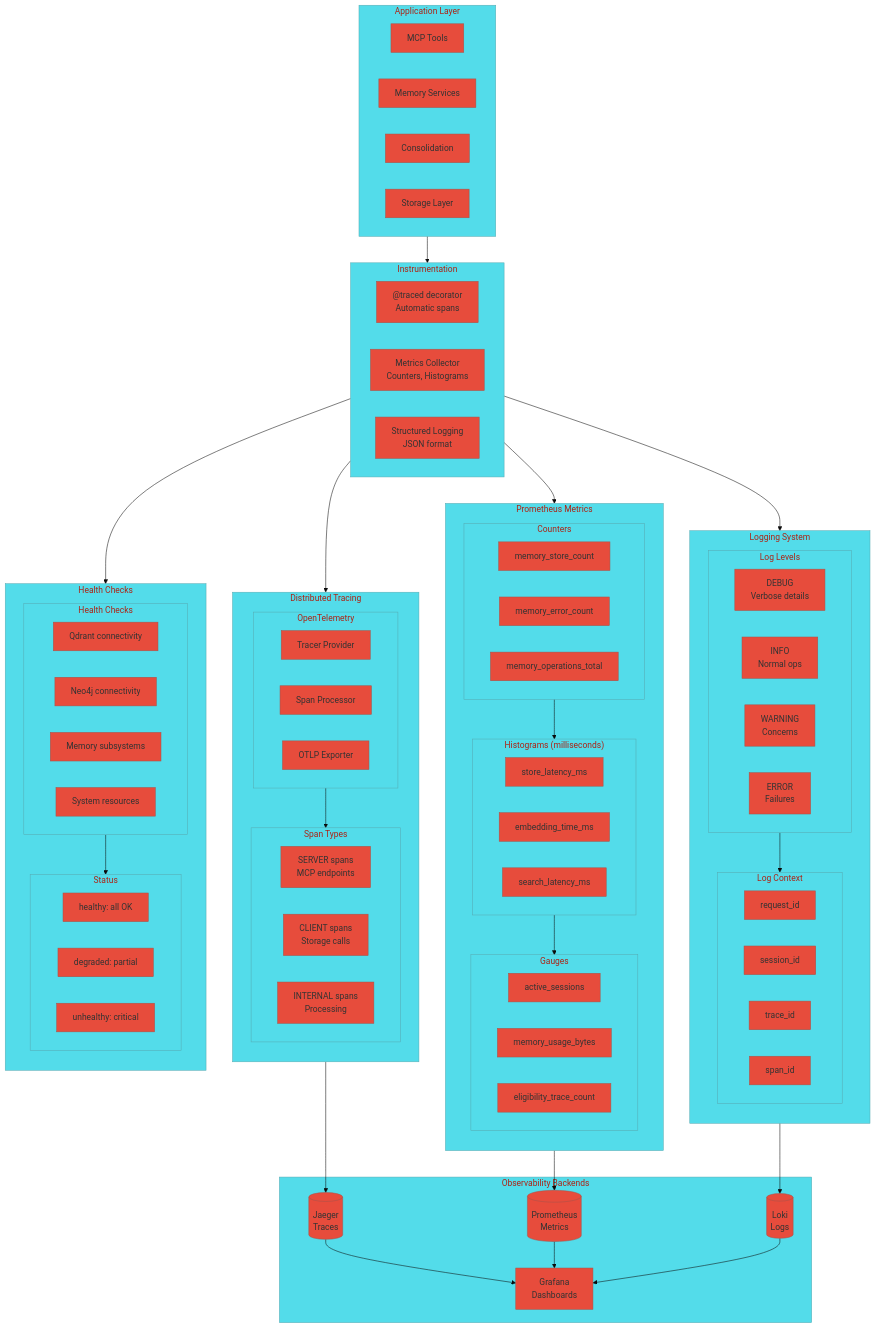
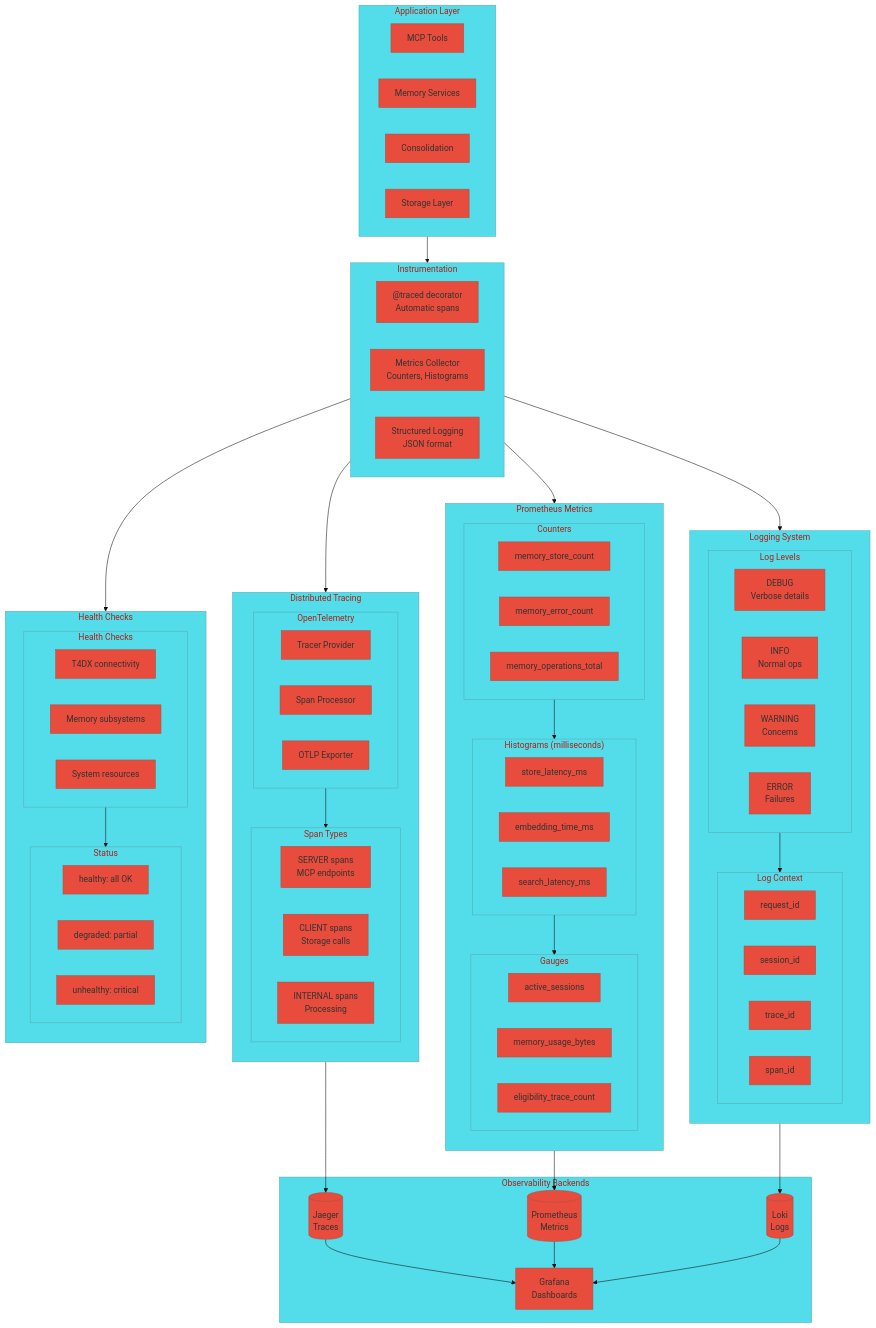
Before and after one commit to astoreyai/t4d: the diagram in docs/diagrams/10_observability.mmd, drawn with Mermaid. The commit also changed 394 other files, not shown here.

First line of the commit message:
Bulk rename World Weaver→T4DM across all documentation, diagrams, skills, agents

```diff
--- a/docs/diagrams/10_observability.mmd
+++ b/docs/diagrams/10_observability.mmd
@@ -1,117 +1,116 @@
 %%{init: {'theme': 'base', 'themeVariables': { 'primaryColor': '#e74c3c', 'secondaryColor': '#fdf2f2'}}}%%
 flowchart TB
     subgraph Application["Application Layer"]
         MCPTools[MCP Tools]
         MemoryServices[Memory Services]
         Consolidation[Consolidation]
         Storage[Storage Layer]
     end
 
     subgraph Instrumentation["Instrumentation"]
         TracedDecorator["@traced decorator<br/>Automatic spans"]
         MetricsCollector["Metrics Collector<br/>Counters, Histograms"]
         LoggingIntegration["Structured Logging<br/>JSON format"]
     end
 
     subgraph Tracing["Distributed Tracing"]
         direction TB
 
         subgraph OTel["OpenTelemetry"]
             Tracer[Tracer Provider]
             SpanProcessor[Span Processor]
             Exporter[OTLP Exporter]
         end
 
         subgraph Spans["Span Types"]
             ServerSpan["SERVER spans<br/>MCP endpoints"]
             ClientSpan["CLIENT spans<br/>Storage calls"]
             InternalSpan["INTERNAL spans<br/>Processing"]
         end
 
         OTel --> Spans
     end
 
     subgraph Metrics["Prometheus Metrics"]
         direction TB
 
         subgraph Counters["Counters"]
             RequestCount["memory_store_count"]
             ErrorCount["memory_error_count"]
             MemoryOps["memory_operations_total"]
         end
 
         subgraph Histograms["Histograms (milliseconds)"]
             Latency["store_latency_ms"]
             EmbeddingTime["embedding_time_ms"]
             SearchTime["search_latency_ms"]
         end
 
         subgraph Gauges["Gauges"]
             ActiveSessions["active_sessions"]
             MemoryUsage["memory_usage_bytes"]
             TraceCount["eligibility_trace_count"]
         end
 
         Counters --> Histograms
         Histograms --> Gauges
     end
 
     subgraph Logging["Logging System"]
         direction TB
 
         subgraph LogLevels["Log Levels"]
             Debug["DEBUG<br/>Verbose details"]
             Info["INFO<br/>Normal ops"]
             Warning["WARNING<br/>Concerns"]
             Error["ERROR<br/>Failures"]
         end
 
         subgraph LogContext["Log Context"]
             RequestID["request_id"]
             SessionID["session_id"]
             TraceID["trace_id"]
             SpanID["span_id"]
         end
 
         LogLevels --> LogContext
     end
 
     subgraph Health["Health Checks"]
         direction TB
 
         subgraph Checks["Health Checks"]
-            QdrantHealth["Qdrant connectivity"]
-            Neo4jHealth["Neo4j connectivity"]
+            T4DXHealth["T4DX connectivity"]
             MemoryHealth["Memory subsystems"]
             SystemHealth["System resources"]
         end
 
         subgraph Status["Status"]
             Healthy["healthy: all OK"]
             Degraded["degraded: partial"]
             Unhealthy["unhealthy: critical"]
         end
 
         Checks --> Status
     end
 
     subgraph Backends["Observability Backends"]
         Jaeger[(Jaeger<br/>Traces)]
         PromServer[(Prometheus<br/>Metrics)]
         Loki[(Loki<br/>Logs)]
         Grafana[Grafana<br/>Dashboards]
     end
 
     Application --> Instrumentation
     Instrumentation --> Tracing
     Instrumentation --> Metrics
     Instrumentation --> Logging
     Instrumentation --> Health
 
     Tracing --> Jaeger
     Metrics --> PromServer
     Logging --> Loki
 
     Jaeger --> Grafana
     PromServer --> Grafana
     Loki --> Grafana
```
